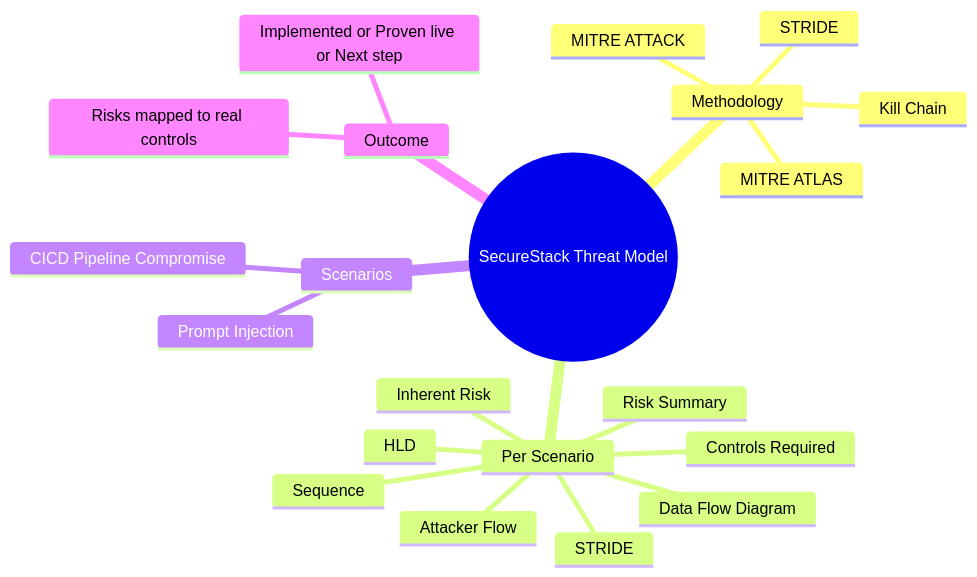
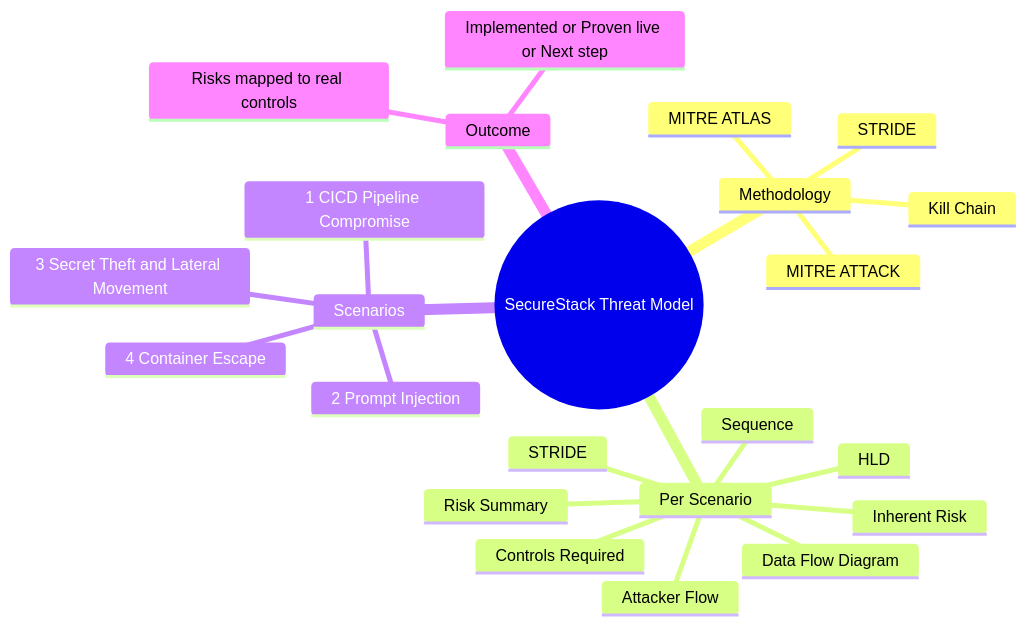
Before and after one commit to baks7101/SecureStack-Threat-Model: the diagram in README.md, drawn with Mermaid. The commit also changed other lines of this file and 18 other files, not shown here.

Commit message:
Add Scenario 3 (secret theft / lateral movement) and Scenario 4 (container escape); update README to 4 scenarios covering the full attack lifecycle

````diff
--- a/README.md
+++ b/README.md
@@ -49,24 +56,26 @@
 ```mermaid
 mindmap
   root((SecureStack Threat Model))
     Methodology
       Kill Chain
       MITRE ATTACK
       MITRE ATLAS
       STRIDE
     Per Scenario
       Attacker Flow
       Data Flow Diagram
       HLD
       Inherent Risk
       Sequence
       STRIDE
       Risk Summary
       Controls Required
     Scenarios
-      CICD Pipeline Compromise
-      Prompt Injection
+      1 CICD Pipeline Compromise
+      2 Prompt Injection
+      3 Secret Theft and Lateral Movement
+      4 Container Escape
     Outcome
       Risks mapped to real controls
       Implemented or Proven live or Next step
 ```
````
